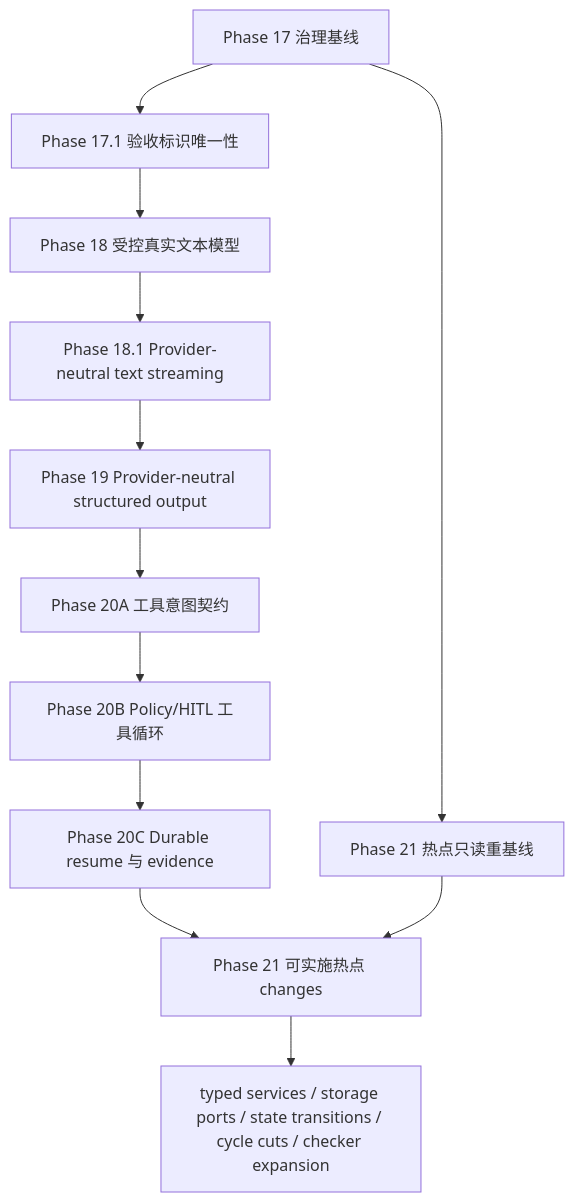
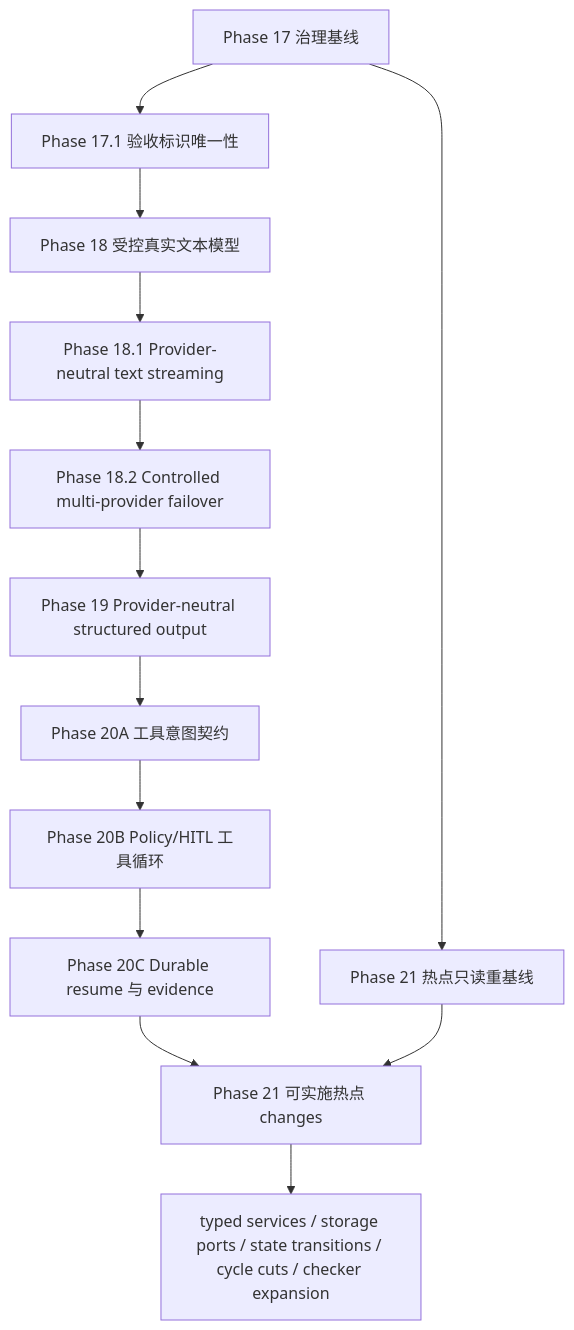
The diagram in docs/plans/architecture-evolution-plan.md (wdmcheng/agent-harness-layer), drawn with Mermaid before and after one commit. The commit also changed other lines of this file and 128 other files, not shown here.

````diff
--- a/docs/plans/architecture-evolution-plan.md
+++ b/docs/plans/architecture-evolution-plan.md
@@ -132,14 +133,15 @@
 ```mermaid
 flowchart TD
     P17["Phase 17 治理基线"] --> ACI["Phase 17.1 验收标识唯一性"]
     ACI --> P18["Phase 18 受控真实文本模型"]
     P18 --> P18S["Phase 18.1 Provider-neutral text streaming"]
-    P18S --> P19["Phase 19 Provider-neutral structured output"]
+    P18S --> P18F["Phase 18.2 Controlled multi-provider failover"]
+    P18F --> P19["Phase 19 Provider-neutral structured output"]
     P19 --> P20A["Phase 20A 工具意图契约"]
     P20A --> P20B["Phase 20B Policy/HITL 工具循环"]
     P20B --> P20C["Phase 20C Durable resume 与 evidence"]
     P17 --> H0["Phase 21 热点只读重基线"]
     P20C --> H1["Phase 21 可实施热点 changes"]
     H0 --> H1
     H1 --> H2["typed services / storage ports / state transitions / cycle cuts / checker expansion"]
 ```
````
